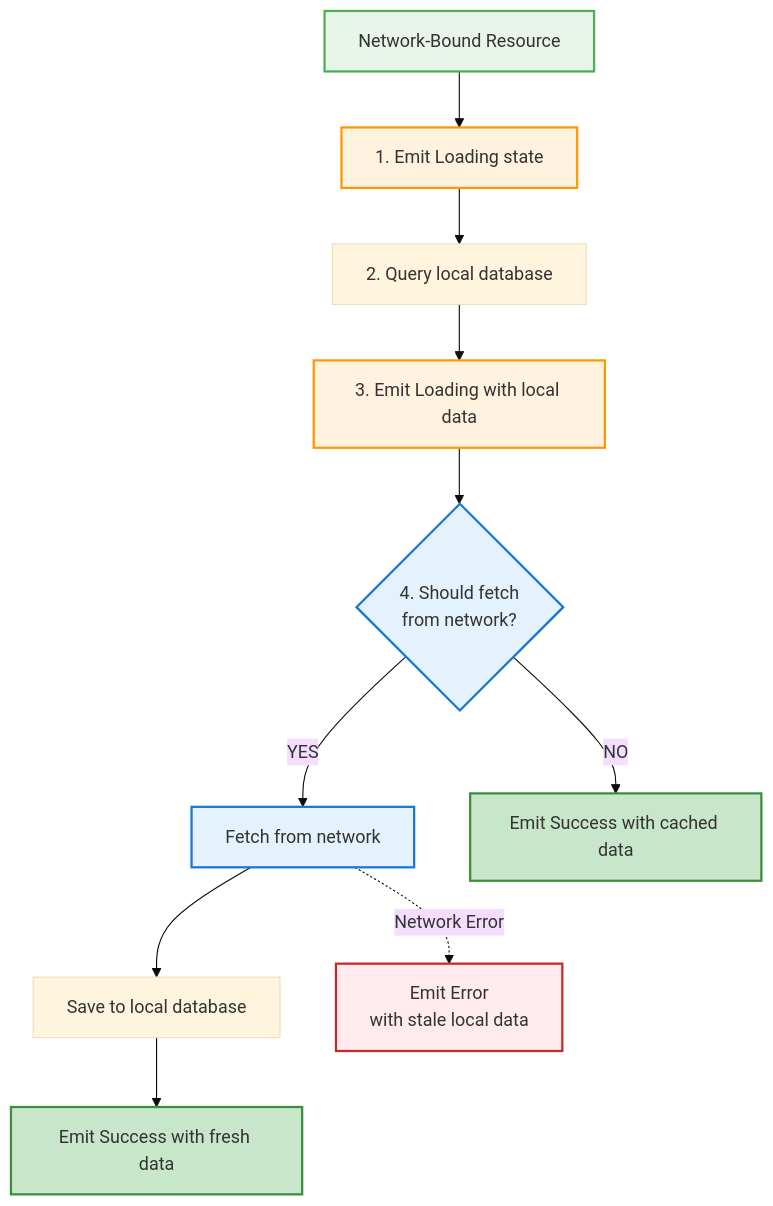
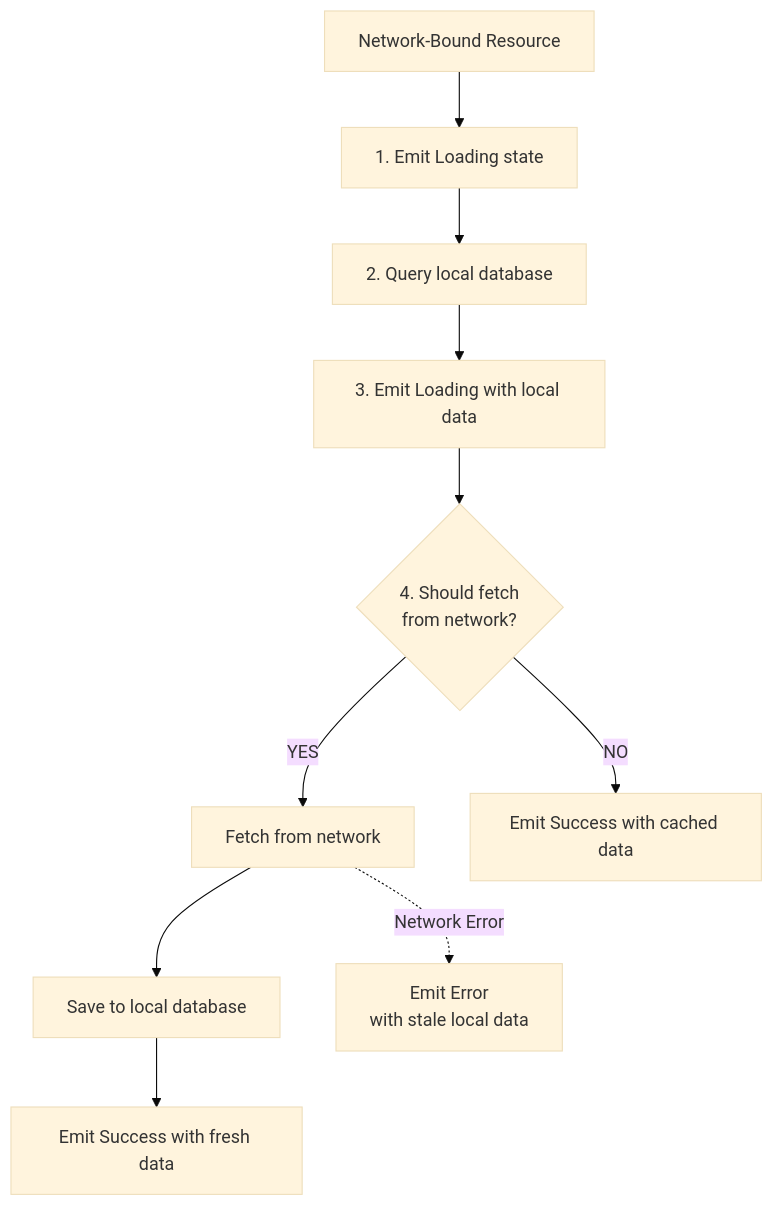
One commit to atick-faisal/Jetpack-Android-Starter changed diagram 12 of 13 in docs/data-flow.md. Above: the diagram before and after it, drawn with Mermaid (base theme). The commit also changed other lines of this file and 31 other files, not shown here.

````diff
--- a/docs/data-flow.md
+++ b/docs/data-flow.md
@@ -467,24 +431,12 @@
 ```mermaid
 graph TD
     Start[Network-Bound Resource] --> Loading1[1. Emit Loading state]
     Loading1 --> Query[2. Query local database]
     Query --> Loading2[3. Emit Loading with local data]
     Loading2 --> ShouldFetch{4. Should fetch<br/>from network?}
-
     ShouldFetch -->|YES| Fetch[Fetch from network]
     Fetch --> Save[Save to local database]
     Save --> Success[Emit Success with fresh data]
-
     ShouldFetch -->|NO| CachedSuccess[Emit Success with cached data]
-
-    Fetch -.Network Error.-> Error[Emit Error<br/>with stale local data]
-
-    style Start fill:#E8F5E9,stroke:#4CAF50,stroke-width:2px
-    style Loading1 fill:#FFF3E0,stroke:#FF9800,stroke-width:2px
-    style Loading2 fill:#FFF3E0,stroke:#FF9800,stroke-width:2px
-    style ShouldFetch fill:#E3F2FD,stroke:#1976D2,stroke-width:2px
-    style Fetch fill:#E3F2FD,stroke:#1976D2,stroke-width:2px
-    style Success fill:#C8E6C9,stroke:#388E3C,stroke-width:2px
-    style CachedSuccess fill:#C8E6C9,stroke:#388E3C,stroke-width:2px
-    style Error fill:#FFEBEE,stroke:#C62828,stroke-width:2px
+    Fetch -. Network Error .-> Error[Emit Error<br/>with stale local data]
 ```
````
